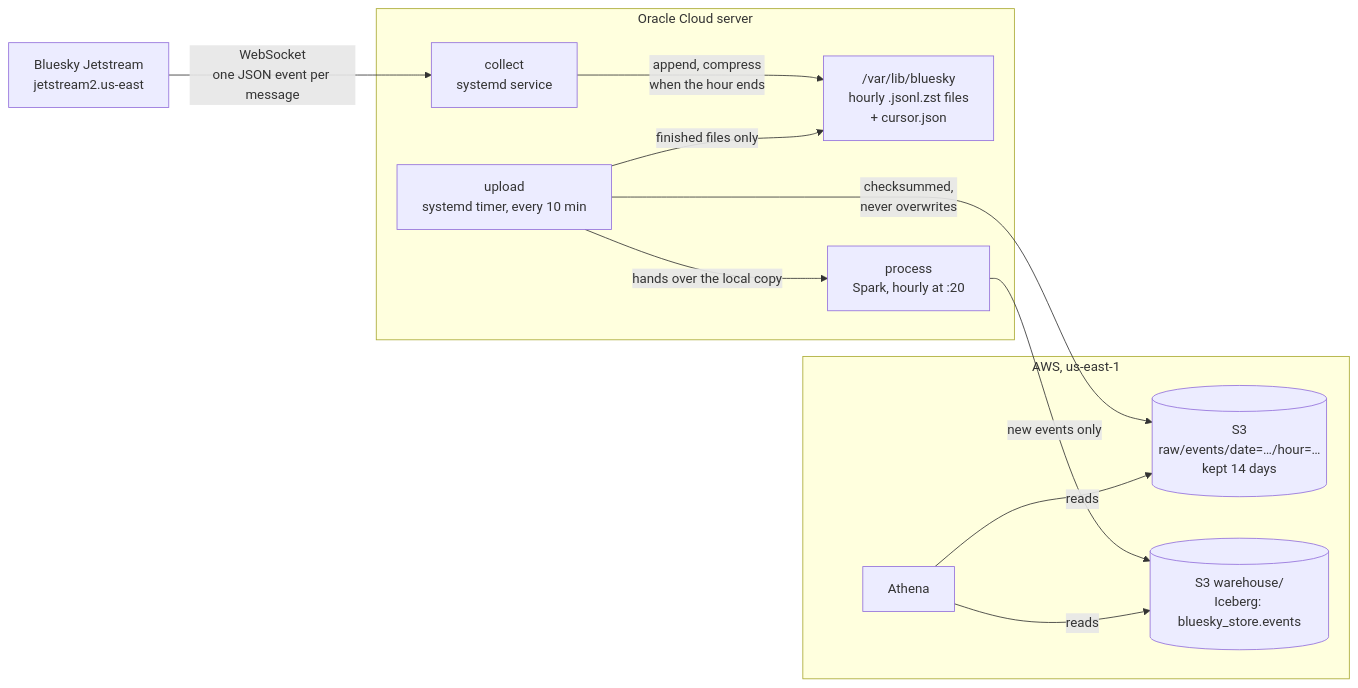
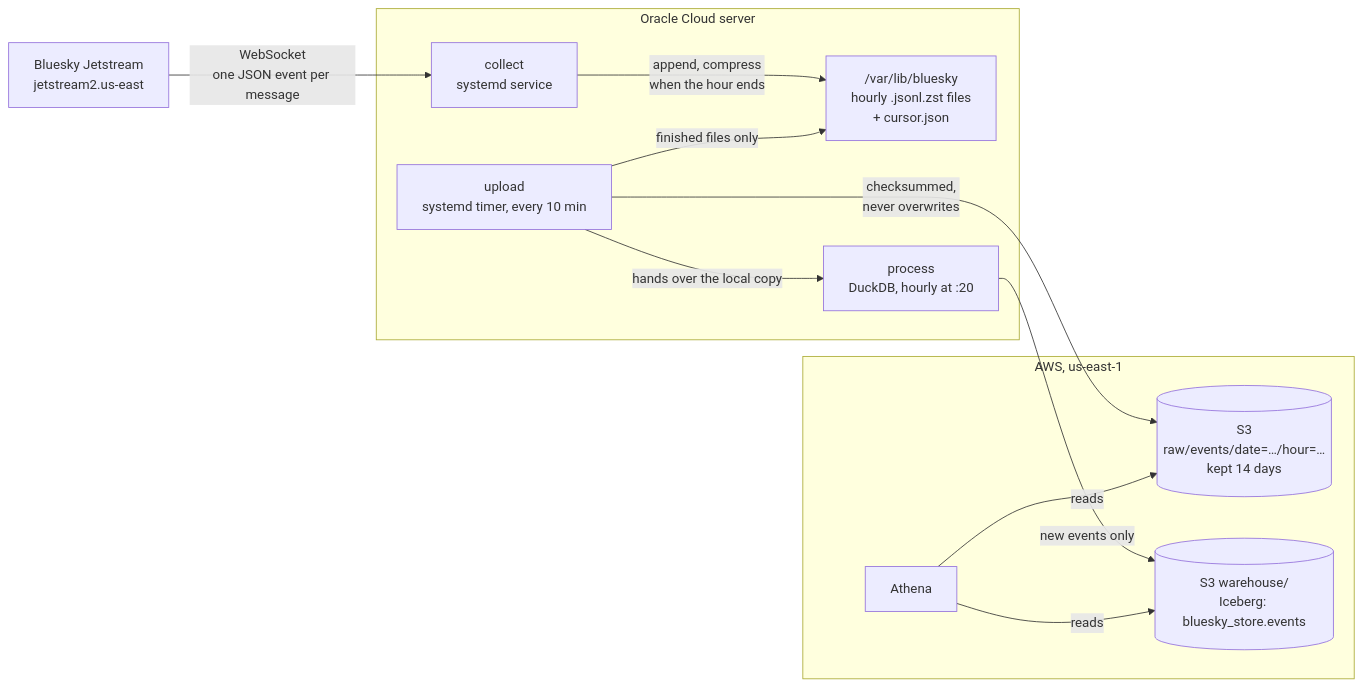
One commit to dhirajkk91/bluesky-stream-analytics changed the second of 2 diagrams in docs/architectures/end-to-end-pipeline.md. Above: the diagram before and after it, drawn with Mermaid. The commit also changed other lines of this file and 22 other files, not shown here.

````diff
--- a/docs/architectures/end-to-end-pipeline.md
+++ b/docs/architectures/end-to-end-pipeline.md
@@ -47,26 +47,26 @@
 ```mermaid
 flowchart LR
     J["Bluesky Jetstream<br/>jetstream2.us-east"]
 
     subgraph VM["Oracle Cloud server"]
         C["collect<br/>systemd service"]
         F["/var/lib/bluesky<br/>hourly .jsonl.zst files<br/>+ cursor.json"]
         U["upload<br/>systemd timer, every 10 min"]
-        P["process<br/>Spark, hourly at :20"]
+        P["process<br/>DuckDB, hourly at :20"]
     end
 
     subgraph AWS["AWS, us-east-1"]
         S3[("S3<br/>raw/events/date=…/hour=…<br/>kept 14 days")]
         WH[("S3 warehouse/<br/>Iceberg: bluesky_store.events")]
         A["Athena"]
     end
 
     J -->|"WebSocket<br/>one JSON event per message"| C
     C -->|"append, compress<br/>when the hour ends"| F
     U -->|"finished files only"| F
     U -->|"checksummed,<br/>never overwrites"| S3
     U -->|"hands over the local copy"| P
     P -->|"new events only"| WH
     A -->|"reads"| S3
     A -->|"reads"| WH
 ```
````
